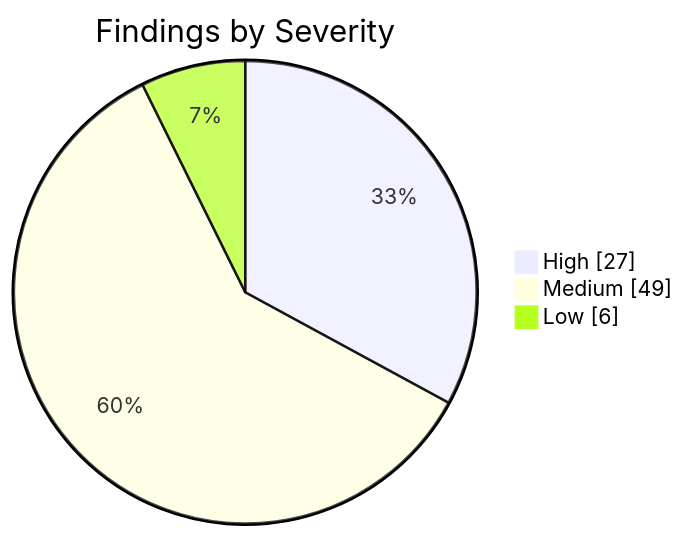
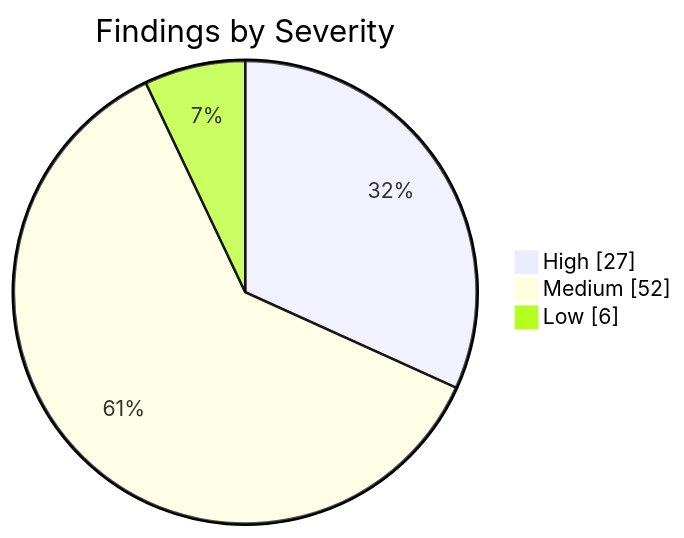
One commit to KBVE/kbve changed the first of 2 diagrams in apps/kbve/astro-kbve/src/content/docs/dashboard/security.mdx. Above: the diagram before and after it, drawn with Mermaid. The commit also changed other lines of this file and 7 other files, not shown here.

````diff
--- a/apps/kbve/astro-kbve/src/content/docs/dashboard/security.mdx
+++ b/apps/kbve/astro-kbve/src/content/docs/dashboard/security.mdx
@@ -62,7 +62,7 @@
 ```mermaid
 pie showData
     title Findings by Severity
     "High" : 27
-    "Medium" : 49
+    "Medium" : 52
     "Low" : 6
 ```
````
